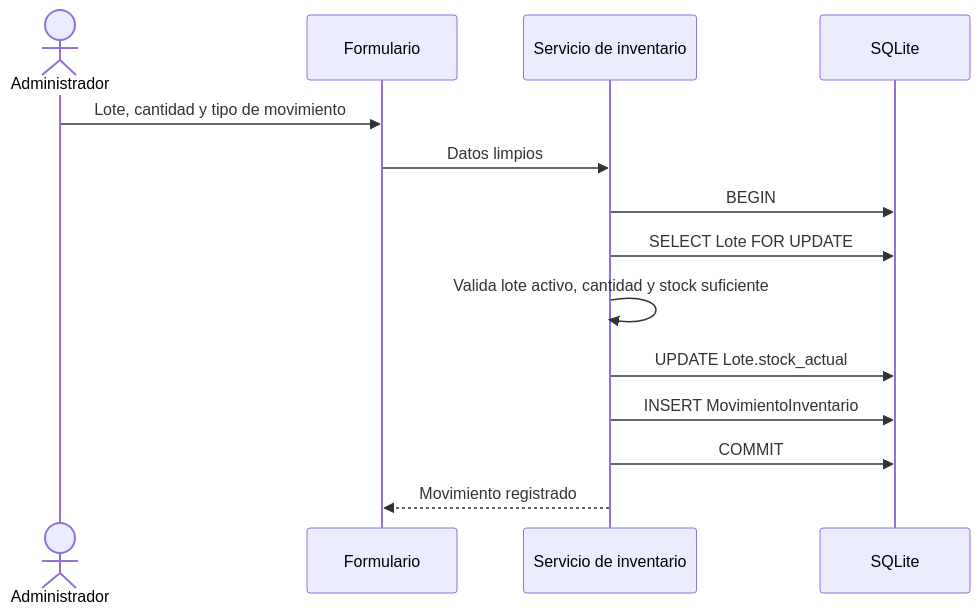
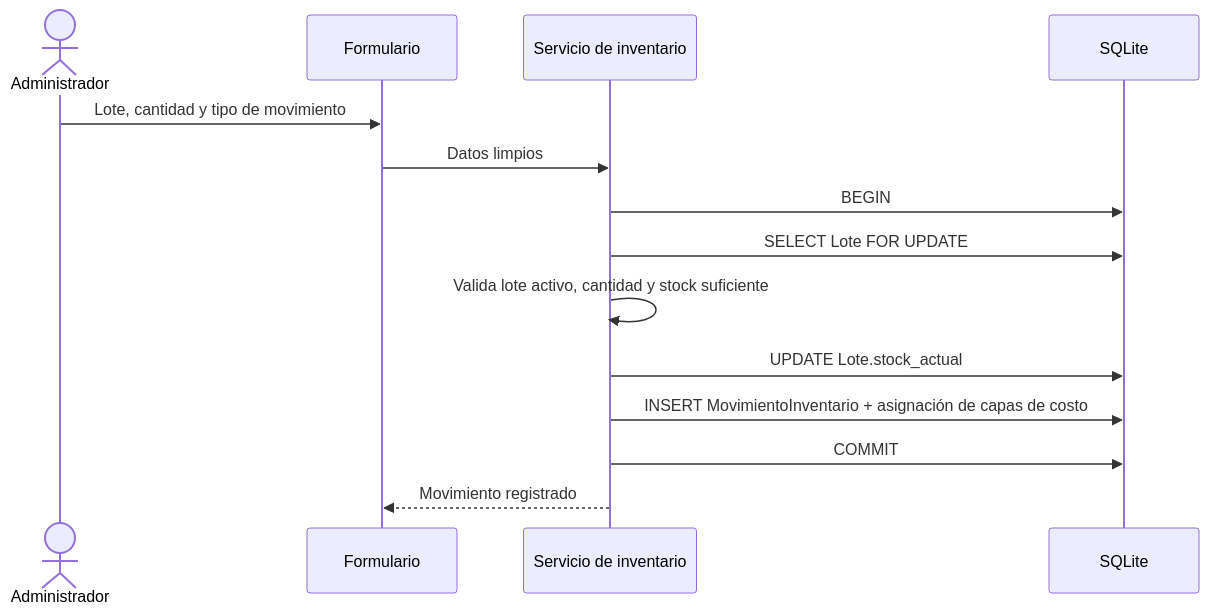
The fourth of 5 diagrams in docs/ARCHITECTURE.md (Erlangelxd/Farmacia-Lufar), drawn with Mermaid before and after one commit. The commit also changed other lines of this file and 27 other files, not shown here.

````diff
--- a/docs/ARCHITECTURE.md
+++ b/docs/ARCHITECTURE.md
@@ -139,17 +145,17 @@
 ```mermaid
 sequenceDiagram
     actor A as Administrador
     participant F as Formulario
     participant S as Servicio de inventario
     participant DB as SQLite
 
     A->>F: Lote, cantidad y tipo de movimiento
     F->>S: Datos limpios
     S->>DB: BEGIN
     S->>DB: SELECT Lote FOR UPDATE
     S->>S: Valida lote activo, cantidad y stock suficiente
     S->>DB: UPDATE Lote.stock_actual
-    S->>DB: INSERT MovimientoInventario
+    S->>DB: INSERT MovimientoInventario + asignación de capas de costo
     S->>DB: COMMIT
     S-->>F: Movimiento registrado
 ```
````
